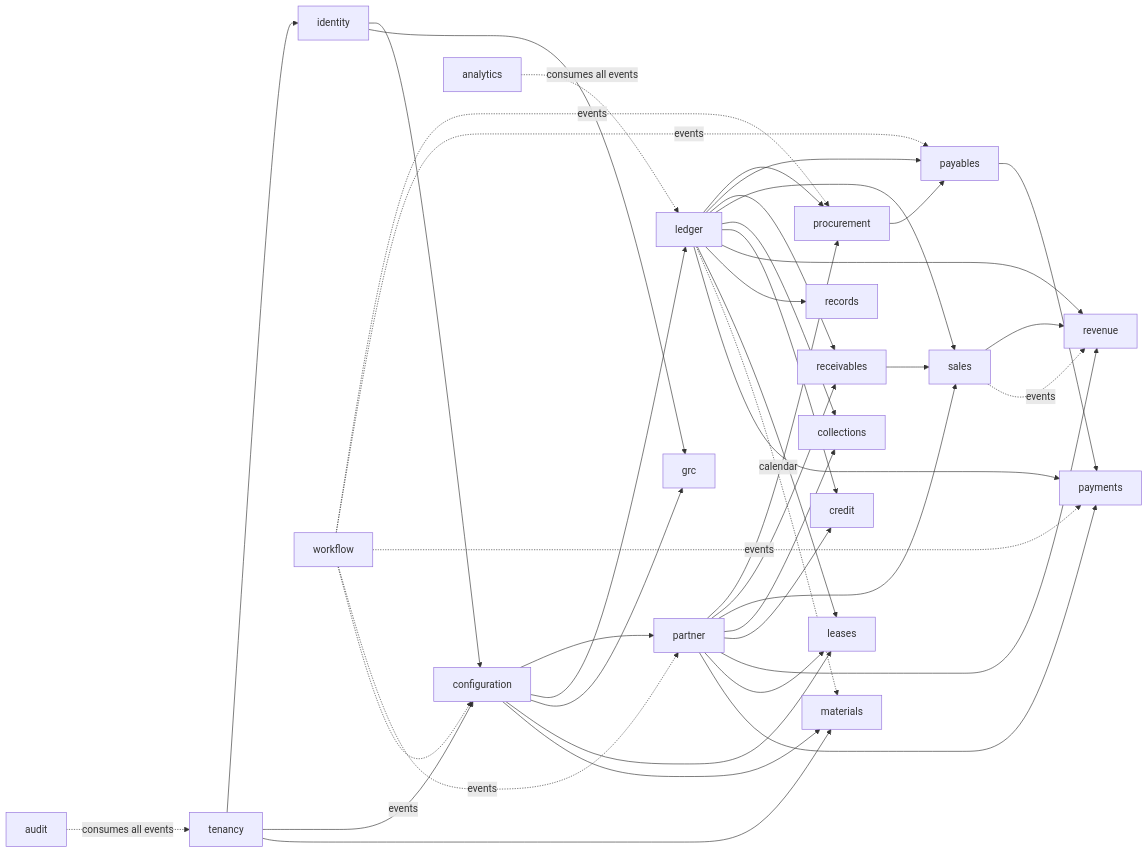
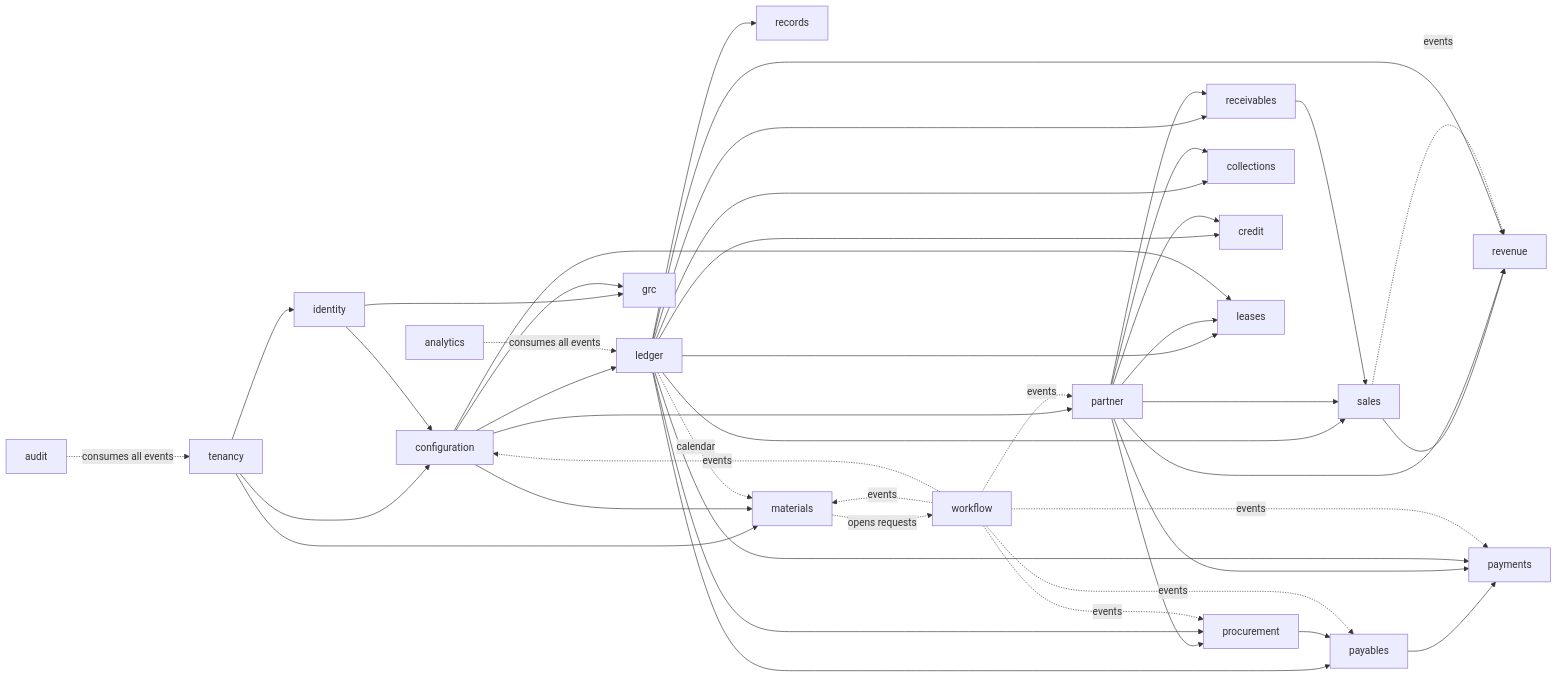
Before and after one commit to mustie7iy/agentic-erp: the first of 2 diagrams in docs/design/02-architecture.md, drawn with Mermaid. The commit also changed other lines of this file and 54 other files, not shown here.

````diff
--- a/docs/design/02-architecture.md
+++ b/docs/design/02-architecture.md
@@ -77,44 +77,46 @@
 ```mermaid
 flowchart LR
   tenancy --> identity
   tenancy --> configuration
   identity --> configuration
   configuration --> partner
   configuration --> ledger
   partner --> procurement
   ledger --> procurement
   ledger --> payables
   procurement --> payables
   ledger --> receivables
   partner --> receivables
   ledger --> sales
   partner --> sales
   receivables --> sales
   ledger --> collections
   partner --> collections
   ledger --> credit
   partner --> credit
   sales --> revenue
   partner --> revenue
   ledger --> revenue
   sales -.events.-> revenue
   identity --> grc
   ledger --> records
   configuration --> grc
   ledger --> leases
   partner --> leases
   configuration --> leases
   tenancy --> materials
   configuration --> materials
   ledger -.calendar.-> materials
+  materials -.opens requests.-> workflow
+  workflow -.events.-> materials
   payables --> payments
   partner --> payments
   ledger --> payments
   workflow -.events.-> procurement
   workflow -.events.-> payables
   workflow -.events.-> payments
   workflow -.events.-> partner
   workflow -.events.-> configuration
   audit -.consumes all events.-> tenancy
   analytics -.consumes all events.-> ledger
 ```
````
